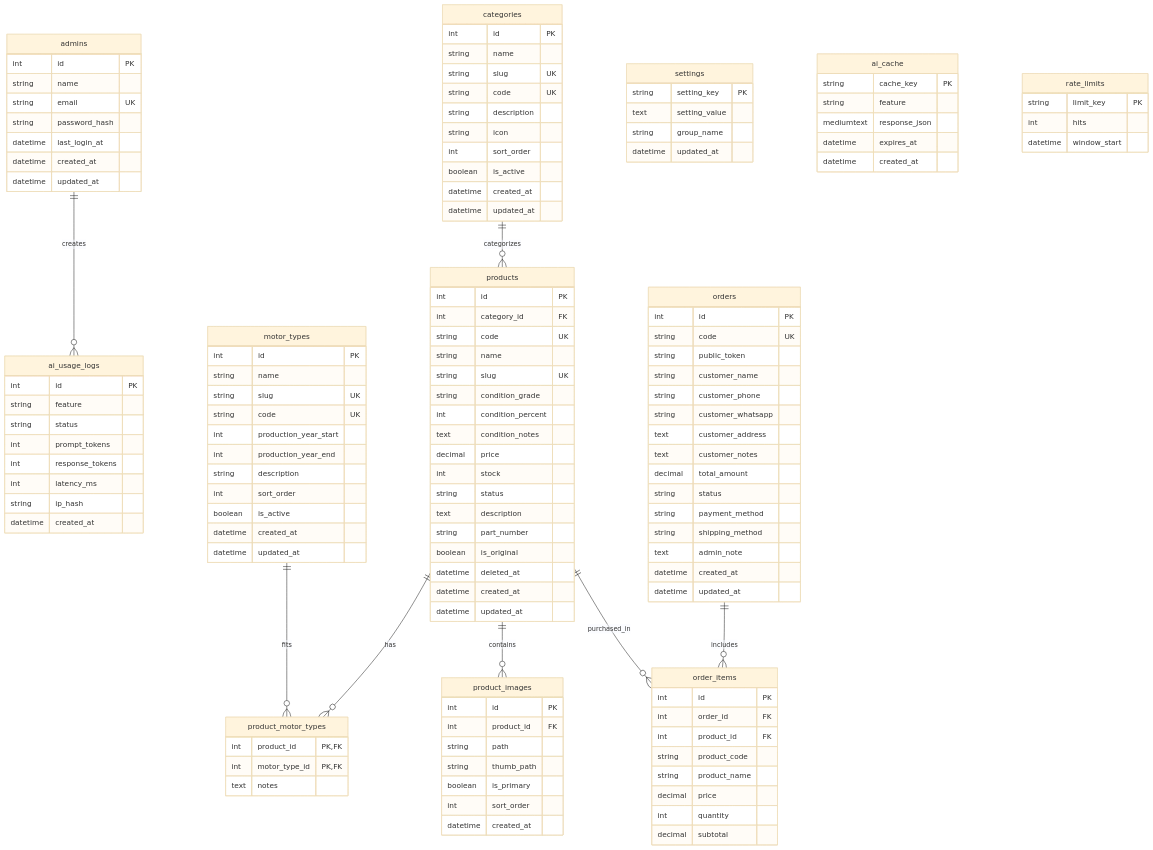
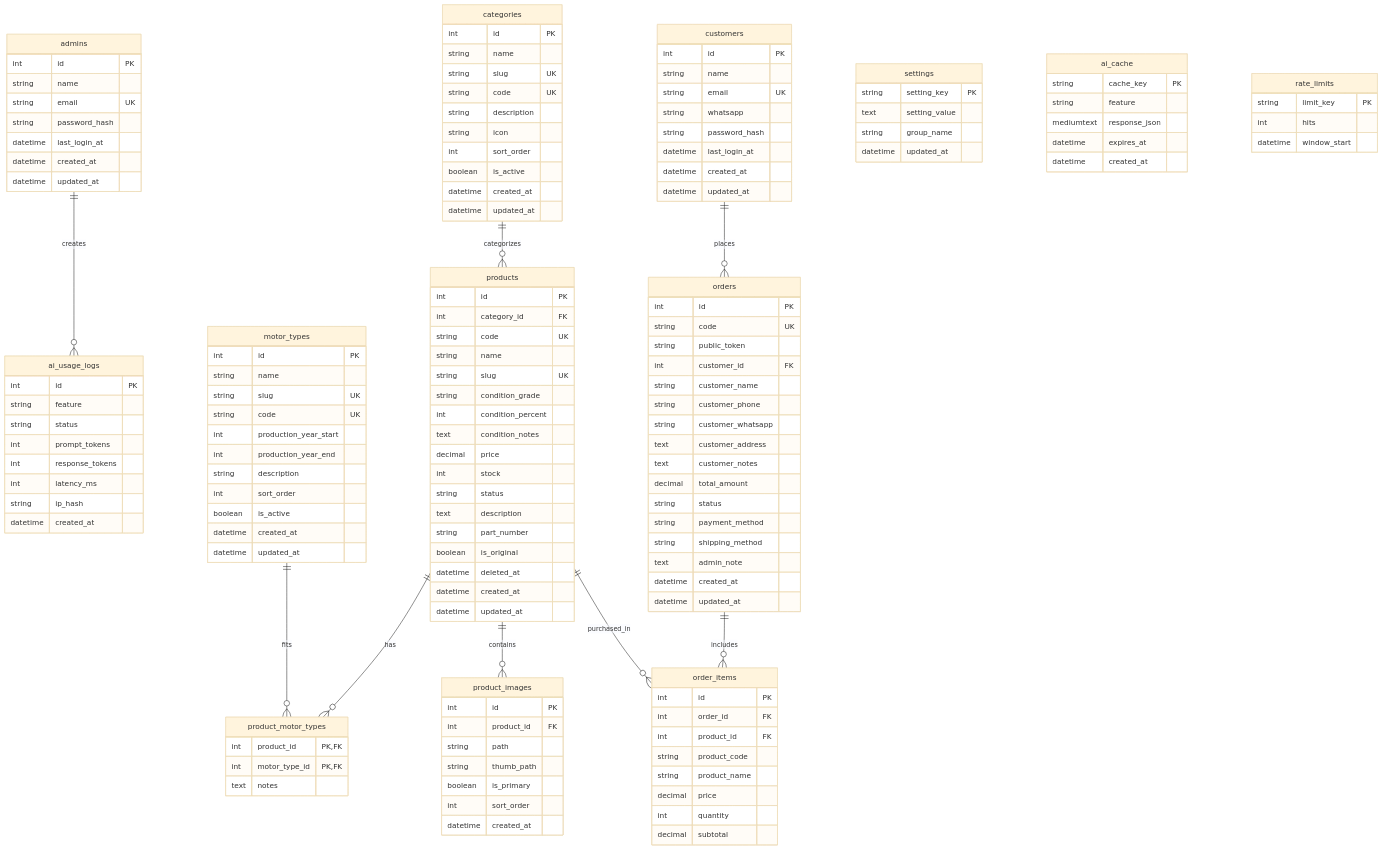
Before and after one commit to Farkent/PepsoParts: the diagram in docs/ERD.md, drawn with Mermaid (base theme). The commit also changed other lines of this file and 37 other files, not shown here.

```diff
--- a/docs/ERD.md
+++ b/docs/ERD.md
@@ -14,12 +14,24 @@
     products ||--o{ product_motor_types : "has"
     products ||--o{ product_images : "contains"
     products ||--o{ order_items : "purchased_in"
+    customers ||--o{ orders : "places"
     orders ||--o{ order_items : "includes"
 
     admins {
         int id PK
         string name
         string email UK
+        string password_hash
+        datetime last_login_at
+        datetime created_at
+        datetime updated_at
+    }
+
+    customers {
+        int id PK
+        string name
+        string email UK
+        string whatsapp
         string password_hash
         datetime last_login_at
         datetime created_at
@@ -93,6 +105,7 @@
         int id PK
         string code UK
         string public_token
+        int customer_id FK
         string customer_name
         string customer_phone
         string customer_whatsapp
```
